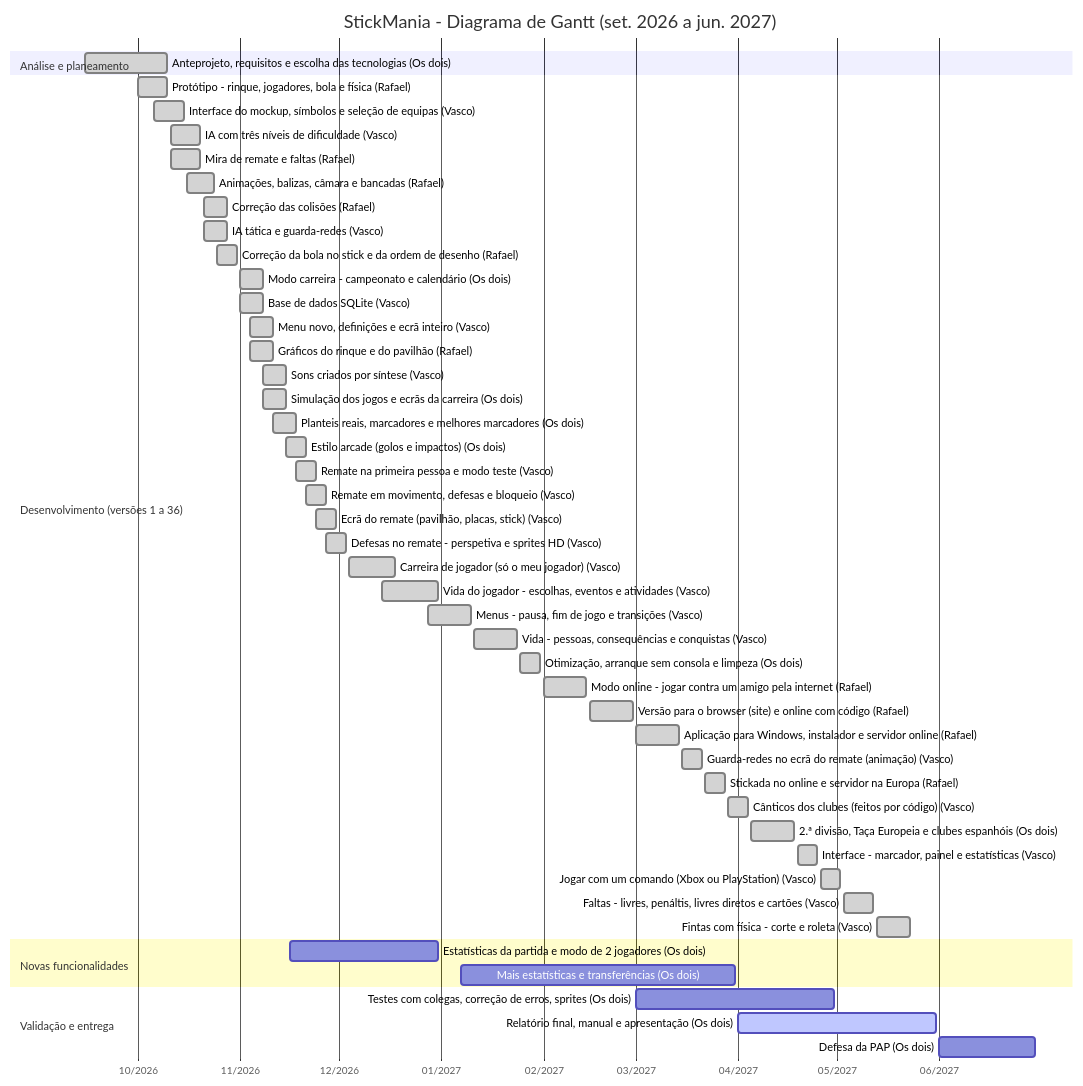
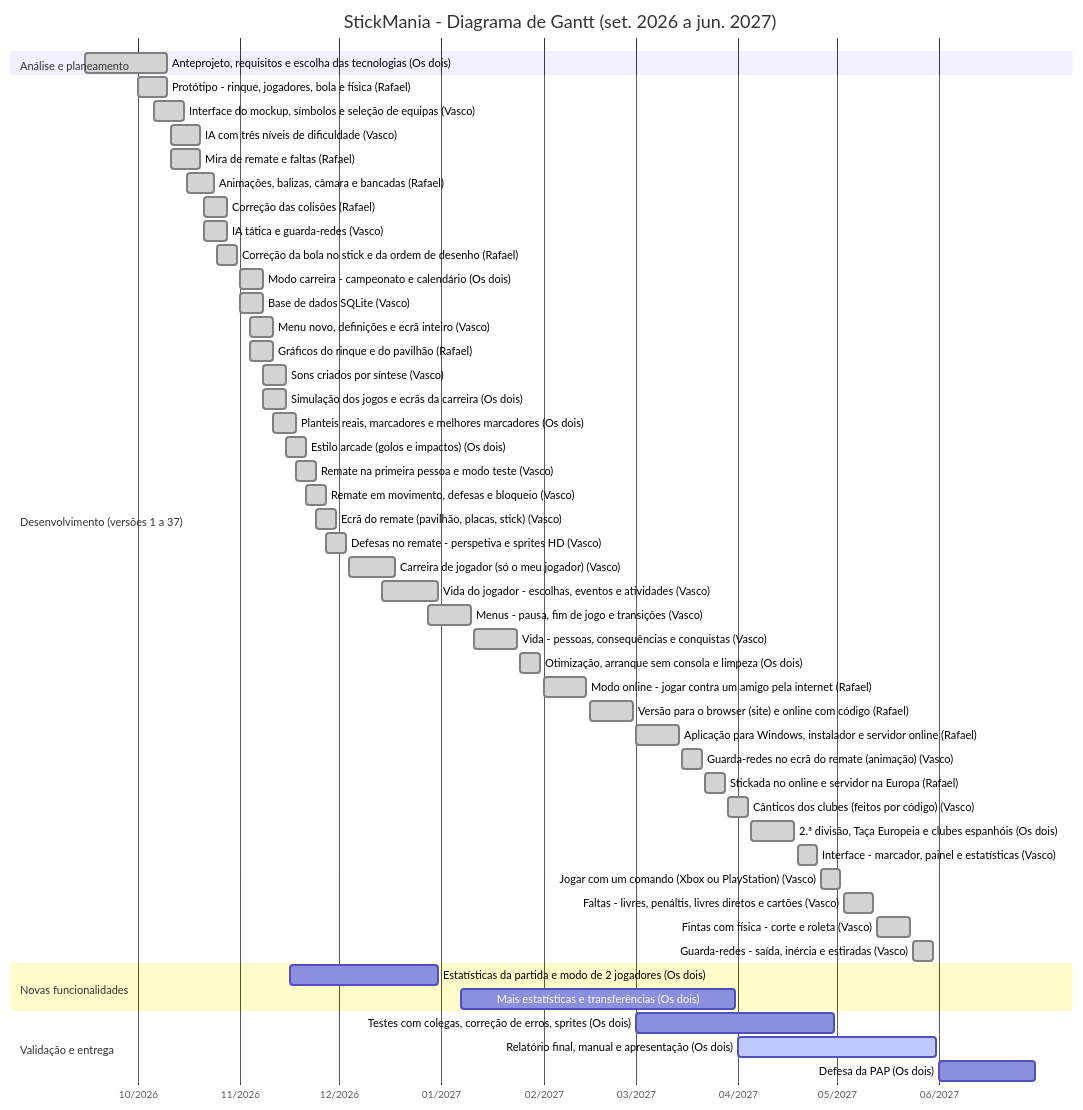
Before and after one commit to RafaelSilveira23/Stickmaniapap: the diagram in docs/GANTT.md, drawn with Mermaid. The commit also changed other lines of this file and 17 other files, not shown here.

First line of the commit message:
feat: guarda-redes melhorado (versao 37)

````diff
--- a/docs/GANTT.md
+++ b/docs/GANTT.md
@@ -13,54 +13,55 @@
 ```mermaid
 gantt
     title StickMania - Diagrama de Gantt (set. 2026 a jun. 2027)
     dateFormat YYYY-MM-DD
     axisFormat %m/%Y
     tickInterval 1month
     todayMarker off
     section Análise e planeamento
     Anteprojeto, requisitos e escolha das tecnologias (Os dois) :done, t1, 2026-09-15, 2026-10-10
-    section Desenvolvimento (versões 1 a 36)
+    section Desenvolvimento (versões 1 a 37)
     Protótipo - rinque, jogadores, bola e física (Rafael) :done, t2, 2026-10-01, 2026-10-10
     Interface do mockup, símbolos e seleção de equipas (Vasco) :done, t3, 2026-10-06, 2026-10-15
     IA com três níveis de dificuldade (Vasco) :done, t4, 2026-10-11, 2026-10-20
     Mira de remate e faltas (Rafael) :done, t5, 2026-10-11, 2026-10-20
     Animações, balizas, câmara e bancadas (Rafael) :done, t6, 2026-10-16, 2026-10-24
     Correção das colisões (Rafael) :done, t7, 2026-10-21, 2026-10-28
     IA tática e guarda-redes (Vasco) :done, t8, 2026-10-21, 2026-10-28
     Correção da bola no stick e da ordem de desenho (Rafael) :done, t9, 2026-10-25, 2026-10-31
     Modo carreira - campeonato e calendário (Os dois) :done, t10, 2026-11-01, 2026-11-08
     Base de dados SQLite (Vasco) :done, t11, 2026-11-01, 2026-11-08
     Menu novo, definições e ecrã inteiro (Vasco) :done, t12, 2026-11-04, 2026-11-11
     Gráficos do rinque e do pavilhão (Rafael) :done, t13, 2026-11-04, 2026-11-11
     Sons criados por síntese (Vasco) :done, t14, 2026-11-08, 2026-11-15
     Simulação dos jogos e ecrãs da carreira (Os dois) :done, t15, 2026-11-08, 2026-11-15
     Planteis reais, marcadores e melhores marcadores (Os dois) :done, t16, 2026-11-11, 2026-11-18
     Estilo arcade (golos e impactos) (Os dois) :done, t17, 2026-11-15, 2026-11-21
     Remate na primeira pessoa e modo teste (Vasco) :done, t18, 2026-11-18, 2026-11-24
     Remate em movimento, defesas e bloqueio (Vasco) :done, t19, 2026-11-21, 2026-11-27
     Ecrã do remate (pavilhão, placas, stick) (Vasco) :done, t20, 2026-11-24, 2026-11-30
     Defesas no remate - perspetiva e sprites HD (Vasco) :done, t21, 2026-11-27, 2026-12-03
     Carreira de jogador (só o meu jogador) (Vasco) :done, t22, 2026-12-04, 2026-12-18
     Vida do jogador - escolhas, eventos e atividades (Vasco) :done, t23, 2026-12-14, 2026-12-31
     Menus - pausa, fim de jogo e transições (Vasco) :done, t24, 2026-12-28, 2027-01-10
     Vida - pessoas, consequências e conquistas (Vasco) :done, t25, 2027-01-11, 2027-01-24
     Otimização, arranque sem consola e limpeza (Os dois) :done, t26, 2027-01-25, 2027-01-31
     Modo online - jogar contra um amigo pela internet (Rafael) :done, t27, 2027-02-01, 2027-02-14
     Versão para o browser (site) e online com código (Rafael) :done, t28, 2027-02-15, 2027-02-28
     Aplicação para Windows, instalador e servidor online (Rafael) :done, t29, 2027-03-01, 2027-03-14
     Guarda-redes no ecrã do remate (animação) (Vasco) :done, t30, 2027-03-15, 2027-03-21
     Stickada no online e servidor na Europa (Rafael) :done, t31, 2027-03-22, 2027-03-28
     Cânticos dos clubes (feitos por código) (Vasco) :done, t32, 2027-03-29, 2027-04-04
     2.ª divisão, Taça Europeia e clubes espanhóis (Os dois) :done, t33, 2027-04-05, 2027-04-18
     Interface - marcador, painel e estatísticas (Vasco) :done, t34, 2027-04-19, 2027-04-25
     Jogar com um comando (Xbox ou PlayStation) (Vasco) :done, t35, 2027-04-26, 2027-05-02
     Faltas - livres, penáltis, livres diretos e cartões (Vasco) :done, t36, 2027-05-03, 2027-05-12
     Fintas com física - corte e roleta (Vasco) :done, t37, 2027-05-13, 2027-05-23
+    Guarda-redes - saída, inércia e estiradas (Vasco) :done, t38, 2027-05-24, 2027-05-30
     section Novas funcionalidades
-    Estatísticas da partida e modo de 2 jogadores (Os dois) :t38, 2026-11-16, 2026-12-31
-    Mais estatísticas e transferências (Os dois) :t39, 2027-01-07, 2027-03-31
+    Estatísticas da partida e modo de 2 jogadores (Os dois) :t39, 2026-11-16, 2026-12-31
+    Mais estatísticas e transferências (Os dois) :t40, 2027-01-07, 2027-03-31
     section Validação e entrega
-    Testes com colegas, correção de erros, sprites (Os dois) :t40, 2027-03-01, 2027-04-30
-    Relatório final, manual e apresentação (Os dois) :active, t41, 2027-04-01, 2027-05-31
-    Defesa da PAP (Os dois) :t42, 2027-06-01, 2027-06-30
+    Testes com colegas, correção de erros, sprites (Os dois) :t41, 2027-03-01, 2027-04-30
+    Relatório final, manual e apresentação (Os dois) :active, t42, 2027-04-01, 2027-05-31
+    Defesa da PAP (Os dois) :t43, 2027-06-01, 2027-06-30
 ```
````
